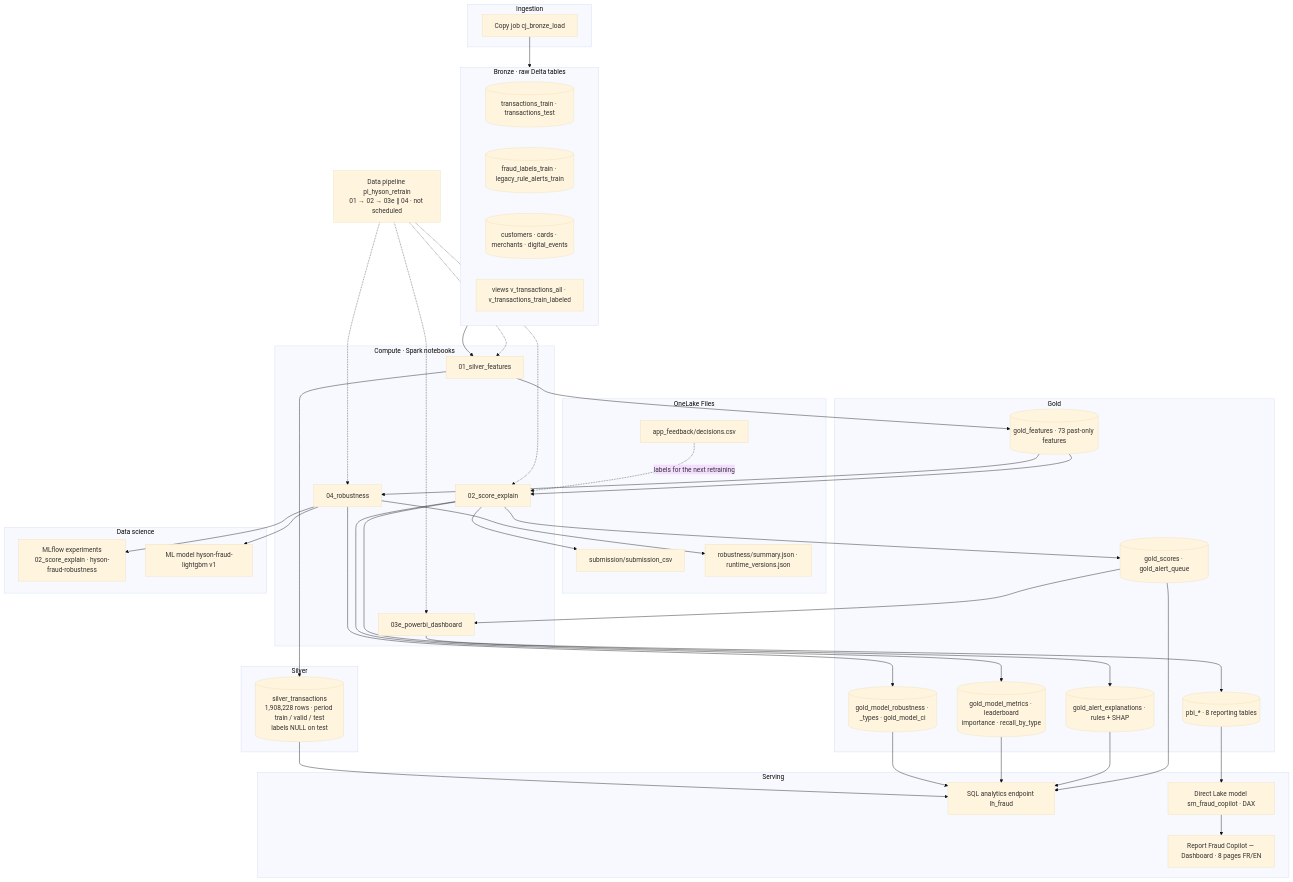
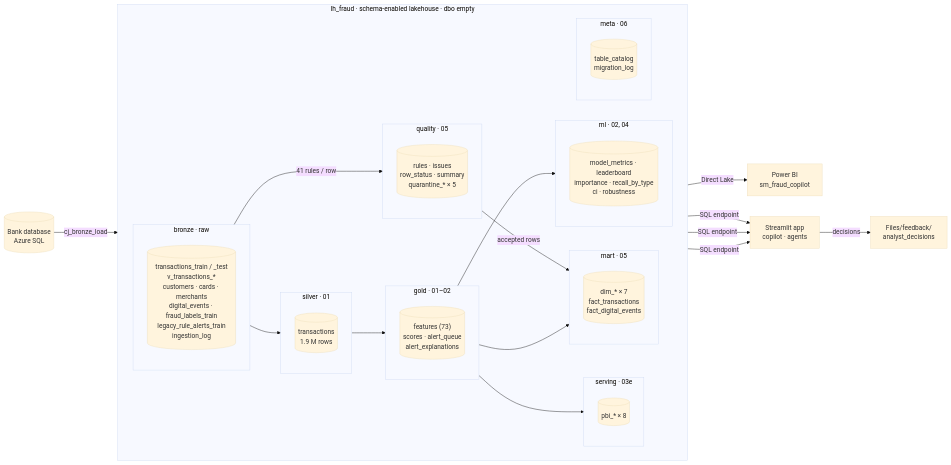
Before and after one commit to hack-australiaeast-01/hyson-detector: the second of 3 diagrams in docs/diagrams/1_platform_and_ml.md, drawn with Mermaid (base theme). The commit also changed other lines of this file and 26 other files, not shown here.

Commit message:
Lakehouse reorganised into bronze / quality / silver / gold / ml / mart / serving / meta schemas (dbo empty, Files structured): layout as code, migration notebook copy-verify-repoint-drop, Power BI models and copy job repointed, notebooks and app updated; verified live

````diff
--- a/docs/diagrams/1_platform_and_ml.md
+++ b/docs/diagrams/1_platform_and_ml.md
@@ -57,64 +57,39 @@
 ```mermaid
-flowchart TB
-    subgraph ING["Ingestion"]
-        CJ["Copy job cj_bronze_load"]
+flowchart LR
+    SRC[("Bank database<br/>Azure SQL")] -->|"cj_bronze_load"| BR
+    subgraph LH["lh_fraud · schema-enabled lakehouse · dbo empty"]
+        direction LR
+        subgraph BR["bronze · raw"]
+            B1[("transactions_train / _test<br/>v_transactions_*<br/>customers · cards · merchants<br/>digital_events · fraud_labels_train<br/>legacy_rule_alerts_train<br/>ingestion_log")]
+        end
+        subgraph QU["quality · 05"]
+            Q1[("rules · issues<br/>row_status · summary<br/>quarantine_* × 5")]
+        end
+        subgraph SI["silver · 01"]
+            S1[("transactions<br/>1.9 M rows")]
+        end
+        subgraph GO["gold · 01–02"]
+            G1[("features (73)<br/>scores · alert_queue<br/>alert_explanations")]
+        end
+        subgraph ML["ml · 02, 04"]
+            M1[("model_metrics · leaderboard<br/>importance · recall_by_type<br/>ci · robustness")]
+        end
+        subgraph MA["mart · 05"]
+            D1[("dim_* × 7<br/>fact_transactions<br/>fact_digital_events")]
+        end
+        subgraph SV["serving · 03e"]
+            P1[("pbi_* × 8")]
+        end
+        subgraph MT["meta · 06"]
+            X1[("table_catalog<br/>migration_log")]
+        end
+        BR -->|"41 rules / row"| QU
+        BR --> SI --> GO --> ML
+        QU -->|"accepted rows"| MA
+        GO --> MA
+        GO --> SV
     end
-
-    subgraph BR["Bronze · raw Delta tables"]
-        B1[("transactions_train · transactions_test")]
-        B2[("fraud_labels_train · legacy_rule_alerts_train")]
-        B3[("customers · cards · merchants · digital_events")]
-        BV["views v_transactions_all · v_transactions_train_labeled"]
-    end
-
-    subgraph SI["Silver"]
-        S1[("silver_transactions<br/>1,908,228 rows · period train / valid / test<br/>labels NULL on test")]
-    end
-
-    subgraph GO["Gold"]
-        G1[("gold_features · 73 past-only features")]
-        G2[("gold_scores · gold_alert_queue")]
-        G3[("gold_alert_explanations · rules + SHAP")]
-        G4[("gold_model_metrics · leaderboard<br/>importance · recall_by_type")]
-        G5[("gold_model_robustness · _types · gold_model_ci")]
-        G6[("pbi_* · 8 reporting tables")]
-    end
-
-    subgraph FI["OneLake Files"]
-        F1["submission/submission_csv"]
-        F2["robustness/summary.json · runtime_versions.json"]
-        F3["app_feedback/decisions.csv"]
-    end
-
-    subgraph CMP["Compute · Spark notebooks"]
-        N1["01_silver_features"]
-        N2["02_score_explain"]
-        N3["03e_powerbi_dashboard"]
-        N4["04_robustness"]
-    end
-
-    subgraph SRV["Serving"]
-        EP["SQL analytics endpoint lh_fraud"]
-        SM["Direct Lake model sm_fraud_copilot · DAX"]
-        RP["Report Fraud Copilot — Dashboard · 8 pages FR/EN"]
-    end
-
-    subgraph MLO["Data science"]
-        EX["MLflow experiments<br/>02_score_explain · hyson-fraud-robustness"]
-        MM["ML model hyson-fraud-lightgbm v1"]
-    end
-
-    PIPE["Data pipeline pl_hyson_retrain<br/>01 → 02 → 03e ∥ 04 · not scheduled"]
-
-    CJ --> BR
-    BR --> N1
-    N1 --> S1
-    N1 --> G1
-    G1 --> N2 --> G2 & G3 & G4 & F1
-    G2 --> N3 --> G6 --> SM --> RP
-    G1 --> N4 --> G5 & F2 & EX
-    N4 --> MM
-    PIPE -.-> N1 & N2 & N3 & N4
-    G2 & G3 & G4 & G5 & S1 --> EP
-    F3 -. "labels for the next retraining" .-> N2
+    SV -->|"Direct Lake"| PBI["Power BI<br/>sm_fraud_copilot"]
+    GO & SI & MA -->|"SQL endpoint"| APP["Streamlit app<br/>copilot · agents"]
+    APP -->|"decisions"| FB["Files/feedback/<br/>analyst_decisions"]
 ```
````
